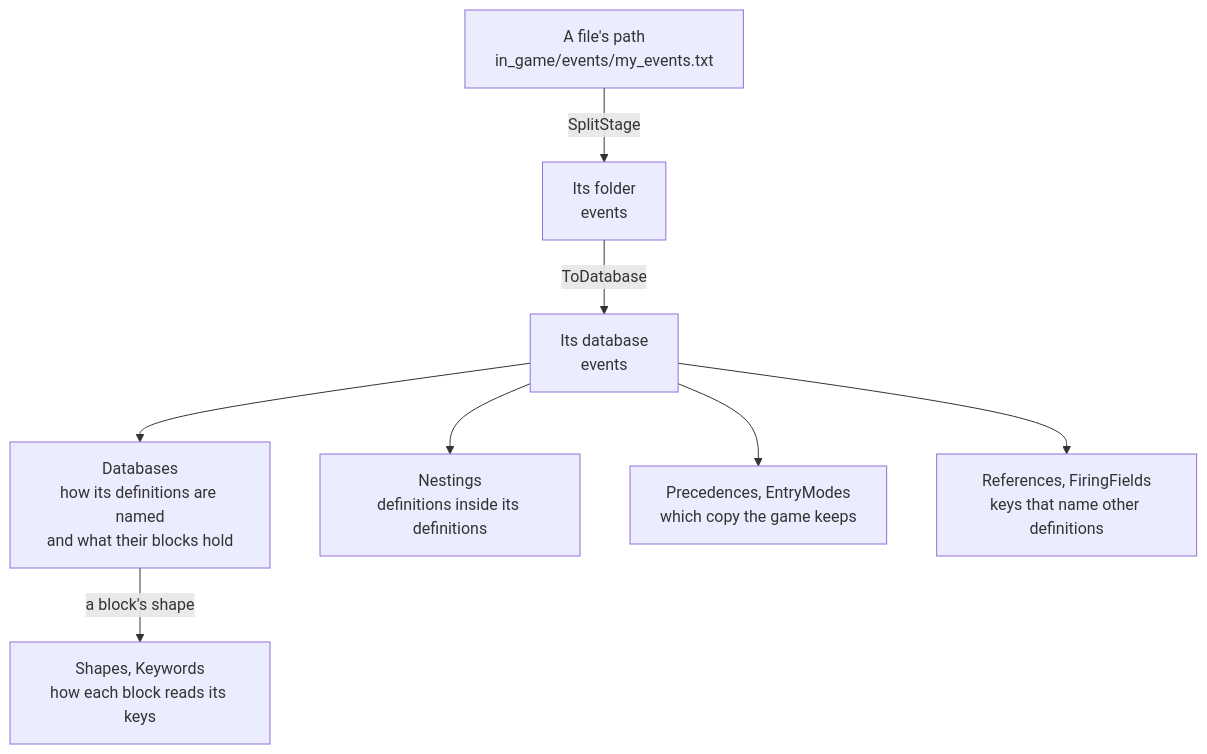
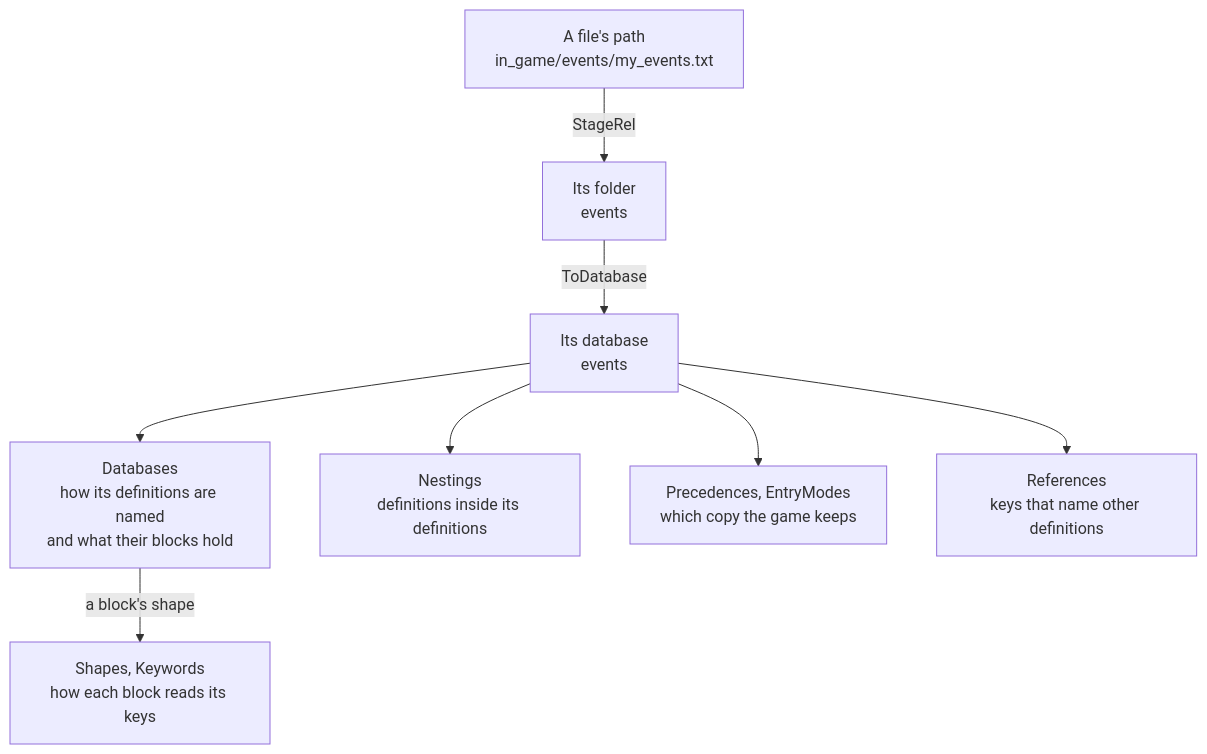
The diagram in internal/game/README.md (idodavis/paradox-modding-tools), drawn with Mermaid before and after one commit. The commit also changed other lines of this file and 104 other files, not shown here.

````diff
--- a/internal/game/README.md
+++ b/internal/game/README.md
@@ -39,10 +22,10 @@
 ```mermaid
 flowchart TD
-  file["A file's path<br/>in_game/events/my_events.txt"] -->|SplitStage| folder["Its folder<br/>events"]
+  file["A file's path<br/>in_game/events/my_events.txt"] -->|StageRel| folder["Its folder<br/>events"]
   folder -->|ToDatabase| database["Its database<br/>events"]
   database --> databases["Databases<br/>how its definitions are named<br/>and what their blocks hold"]
   database --> nestings["Nestings<br/>definitions inside its definitions"]
   database --> precedences["Precedences, EntryModes<br/>which copy the game keeps"]
-  database --> references["References, FiringFields<br/>keys that name other definitions"]
+  database --> references["References<br/>keys that name other definitions"]
   databases -->|a block's shape| shapes["Shapes, Keywords<br/>how each block reads its keys"]
 ```
````
